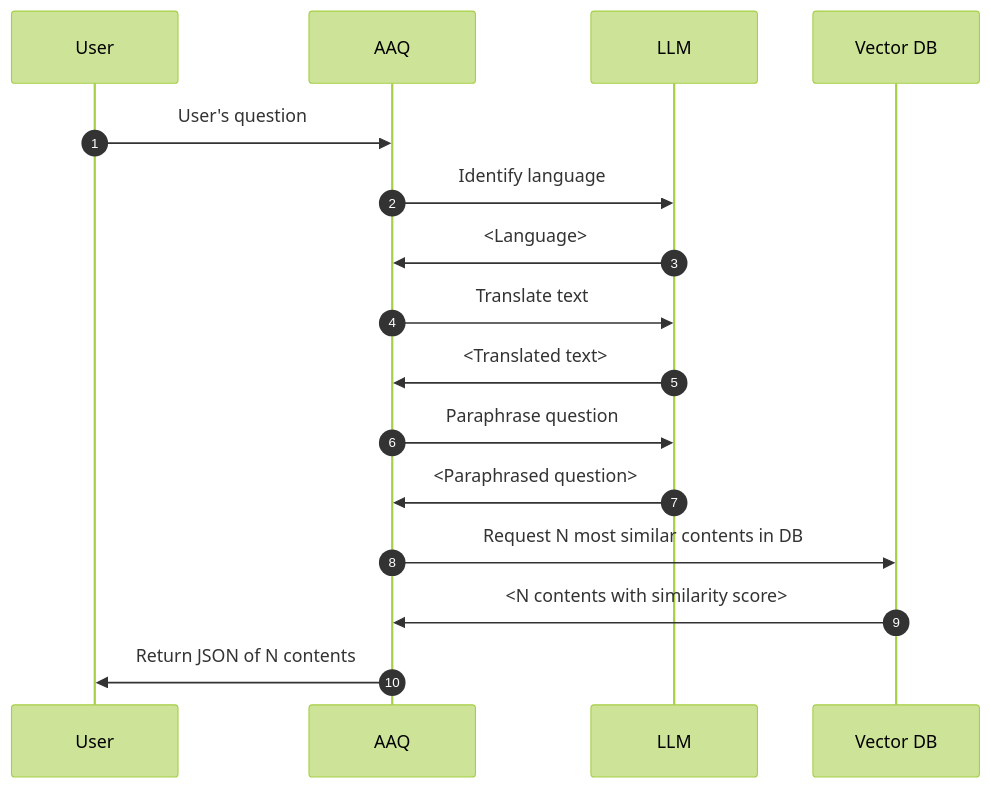
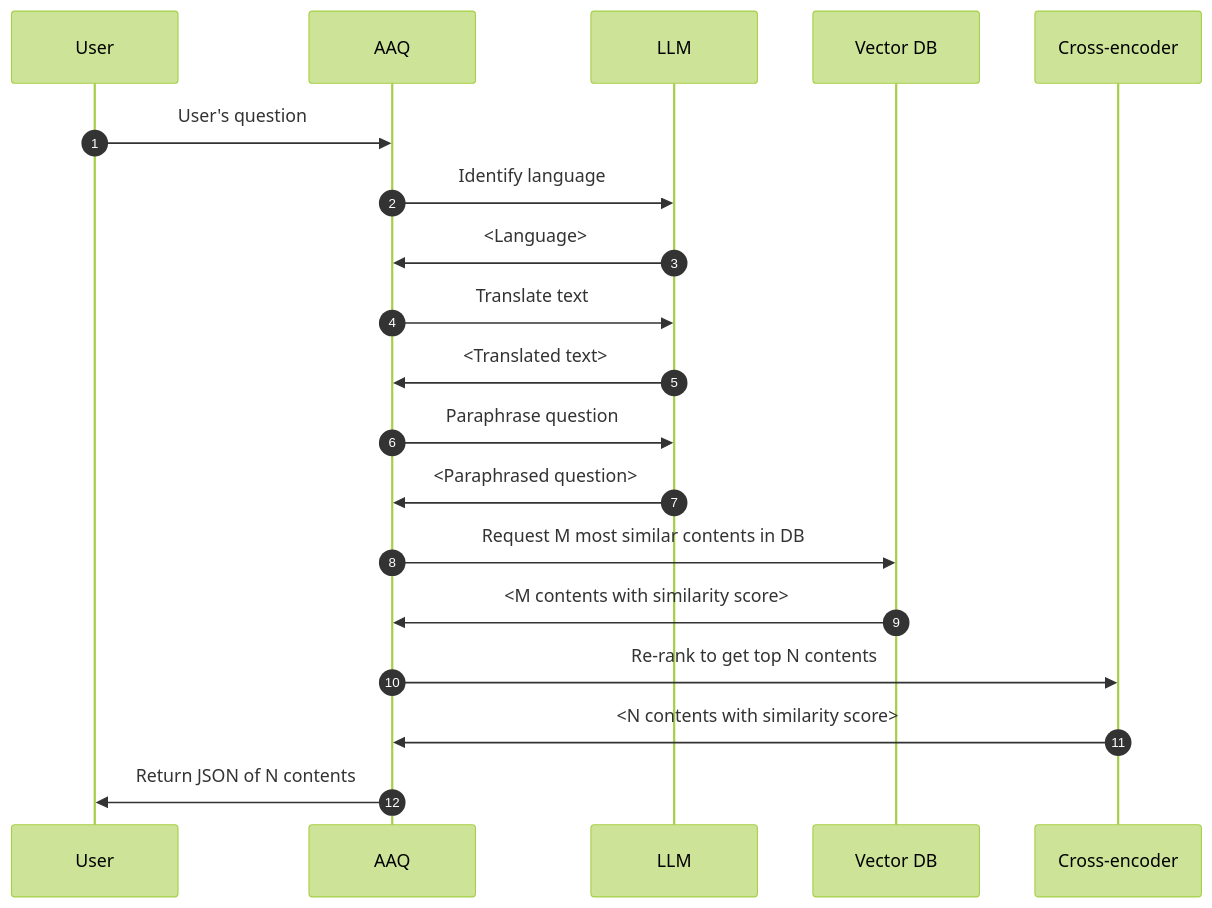
One commit to IDinsight/ask-a-question changed the first of 3 diagrams in docs/components/qa-service/search.md. Above: the diagram before and after it, drawn with Mermaid (forest theme). The commit also changed other lines of this file, not shown here.

Commit message:
updated diagram

````diff
--- a/docs/components/qa-service/search.md
+++ b/docs/components/qa-service/search.md
@@ -12,15 +12,17 @@
 ```mermaid
 sequenceDiagram
   autonumber
   User->>AAQ: User's question
   AAQ->>LLM: Identify language
   LLM->>AAQ: <Language>
   AAQ->>LLM: Translate text
   LLM->>AAQ: <Translated text>
   AAQ->>LLM: Paraphrase question
   LLM->>AAQ: <Paraphrased question>
-  AAQ->>Vector DB: Request N most similar contents in DB
-  Vector DB->>AAQ: <N contents with similarity score>
+  AAQ->>Vector DB: Request M most similar contents in DB
+  Vector DB->>AAQ: <M contents with similarity score>
+  AAQ->>Cross-encoder: Re-rank to get top N contents
+  Cross-encoder->>AAQ: <N contents with similarity score>
   AAQ->>User: Return JSON of N contents
 
 ```
````
